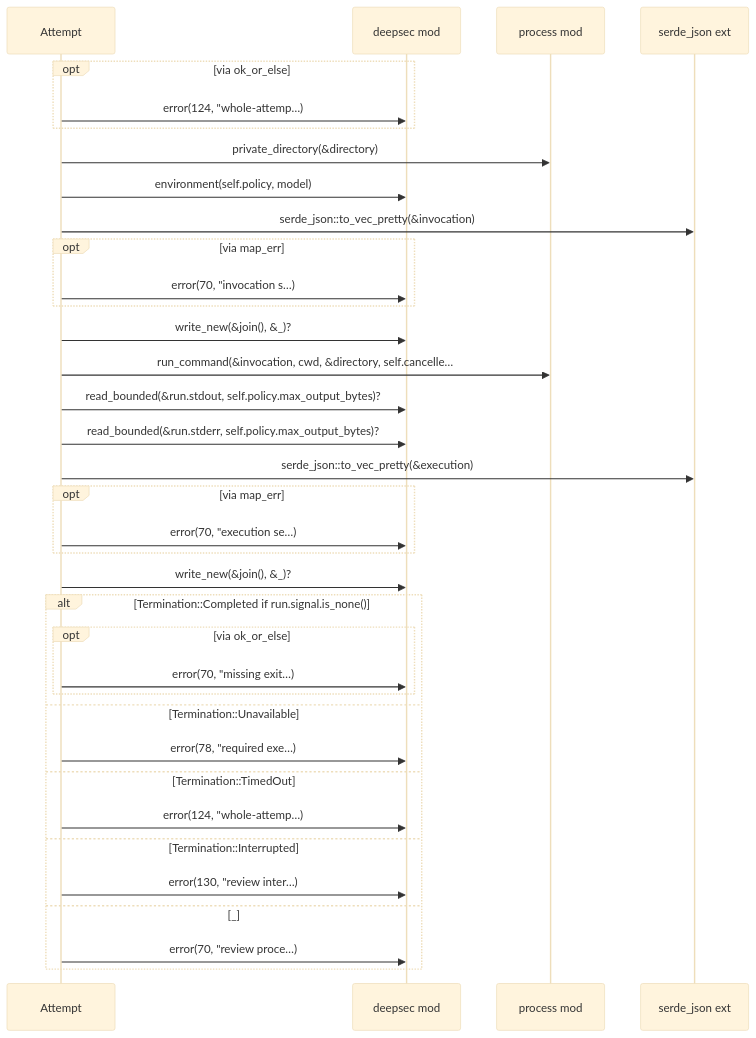
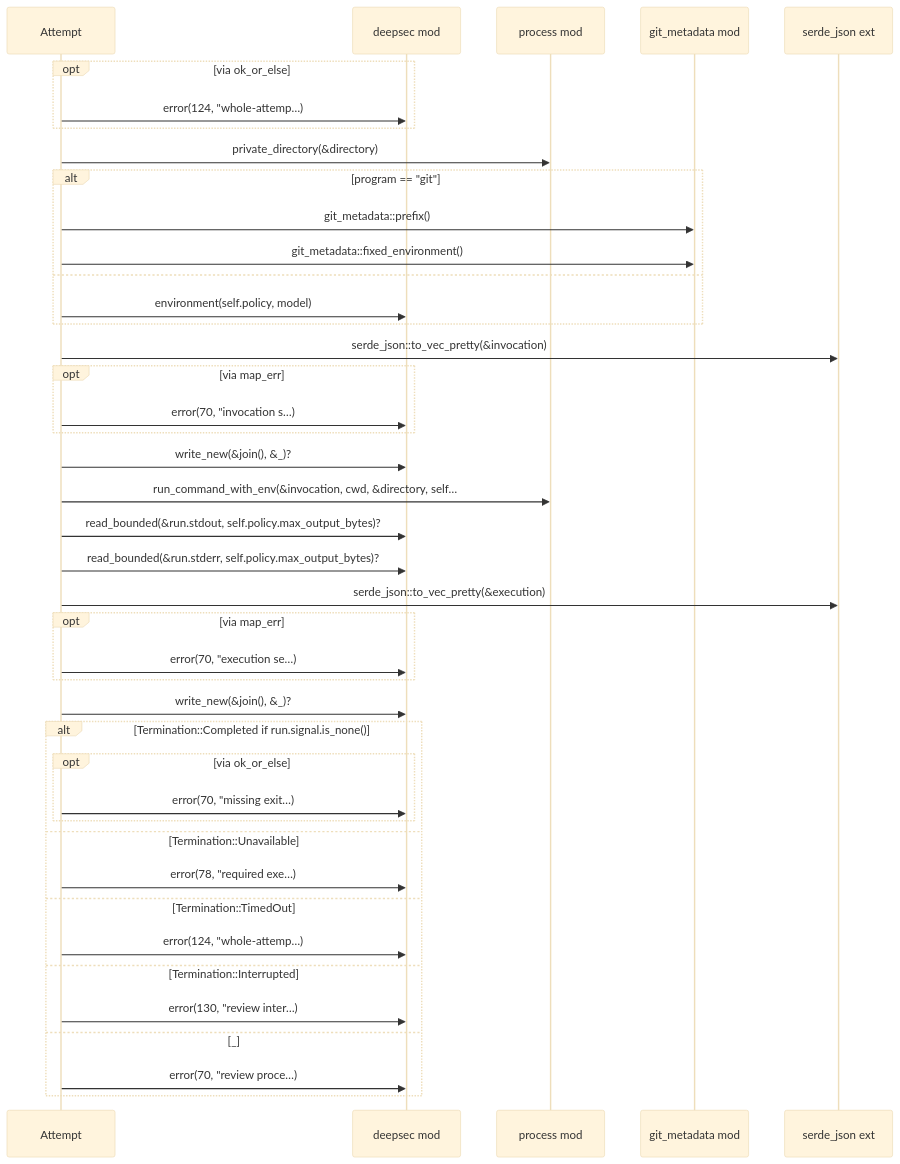
The fourth of 5 diagrams in docs/diagrams/generated/src/deepsec.rs.md (DreamLab-AI/visioncraft), drawn with Mermaid (base theme) before and after one commit. The commit also changed other lines of this file and 12 other files, not shown here.

Commit message:
Refresh verified ADRs and source-derived diagrams after review repairs

````diff
--- a/docs/diagrams/generated/src/deepsec.rs.md
+++ b/docs/diagrams/generated/src/deepsec.rs.md
@@ -177,38 +177,44 @@
 ```mermaid
 sequenceDiagram
   participant visioncraft__deepsec___tAttempt as Attempt
   participant visioncraft__deepsec as deepsec mod
   participant visioncraft__process as process mod
+  participant visioncraft__git_metadata as git_metadata mod
   participant _serde_json as serde_json ext
   opt via ok_or_else
     visioncraft__deepsec___tAttempt->>visioncraft__deepsec: error(124, #quot;whole-attemp…)
   end
   visioncraft__deepsec___tAttempt->>visioncraft__process: private_directory(&directory)
-  visioncraft__deepsec___tAttempt->>visioncraft__deepsec: environment(self.policy, model)
+  alt program == #quot;git#quot;
+    visioncraft__deepsec___tAttempt->>visioncraft__git_metadata: git_metadata::prefix()
+    visioncraft__deepsec___tAttempt->>visioncraft__git_metadata: git_metadata::fixed_environment()
+  else
+    visioncraft__deepsec___tAttempt->>visioncraft__deepsec: environment(self.policy, model)
+  end
   visioncraft__deepsec___tAttempt->>_serde_json: serde_json::to_vec_pretty(&invocation)
   opt via map_err
     visioncraft__deepsec___tAttempt->>visioncraft__deepsec: error(70, #quot;invocation s…)
   end
   visioncraft__deepsec___tAttempt->>visioncraft__deepsec: write_new(&join(), &_)?
-  visioncraft__deepsec___tAttempt->>visioncraft__process: run_command(&invocation, cwd, &directory, self.cancelle…
+  visioncraft__deepsec___tAttempt->>visioncraft__process: run_command_with_env(&invocation, cwd, &directory, self…
   visioncraft__deepsec___tAttempt->>visioncraft__deepsec: read_bounded(&run.stdout, self.policy.max_output_bytes)?
   visioncraft__deepsec___tAttempt->>visioncraft__deepsec: read_bounded(&run.stderr, self.policy.max_output_bytes)?
   visioncraft__deepsec___tAttempt->>_serde_json: serde_json::to_vec_pretty(&execution)
   opt via map_err
     visioncraft__deepsec___tAttempt->>visioncraft__deepsec: error(70, #quot;execution se…)
   end
   visioncraft__deepsec___tAttempt->>visioncraft__deepsec: write_new(&join(), &_)?
   alt Termination::Completed if run.signal.is_none()
     opt via ok_or_else
       visioncraft__deepsec___tAttempt->>visioncraft__deepsec: error(70, #quot;missing exit…)
     end
   else Termination::Unavailable
     visioncraft__deepsec___tAttempt->>visioncraft__deepsec: error(78, #quot;required exe…)
   else Termination::TimedOut
     visioncraft__deepsec___tAttempt->>visioncraft__deepsec: error(124, #quot;whole-attemp…)
   else Termination::Interrupted
     visioncraft__deepsec___tAttempt->>visioncraft__deepsec: error(130, #quot;review inter…)
   else _
     visioncraft__deepsec___tAttempt->>visioncraft__deepsec: error(70, #quot;review proce…)
   end
 ```
````
